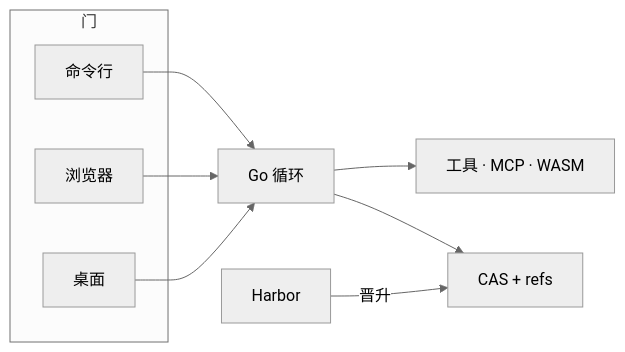
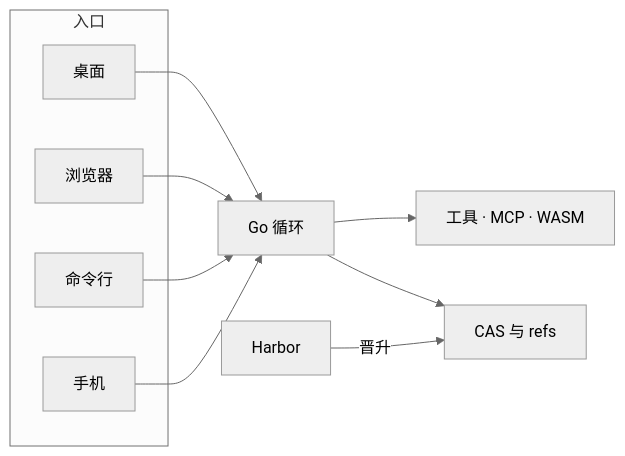
Before and after one commit to Shenchangxin/yoyo: the diagram in README.zh-CN.md, drawn with Mermaid (neutral theme). The commit also changed other lines of this file and 3 other files, not shown here.

````diff
--- a/README.zh-CN.md
+++ b/README.zh-CN.md
@@ -203,18 +263,20 @@
 ```mermaid
 flowchart LR
-  subgraph doors [门]
+  subgraph doors [入口]
+    GUI[桌面]
+    HTTP[浏览器]
     CLI[命令行]
-    HTTP[浏览器]
-    GUI[桌面]
+    Phone[手机]
   end
   Loop[Go 循环]
   Tools[工具 · MCP · WASM]
-  CAS[CAS + refs]
+  CAS[CAS 与 refs]
   Harbor[Harbor]
+  GUI --> Loop
+  HTTP --> Loop
   CLI --> Loop
-  HTTP --> Loop
-  GUI --> Loop
+  Phone --> Loop
   Loop --> Tools
   Loop --> CAS
   Harbor -->|晋升| CAS
 ```
````
